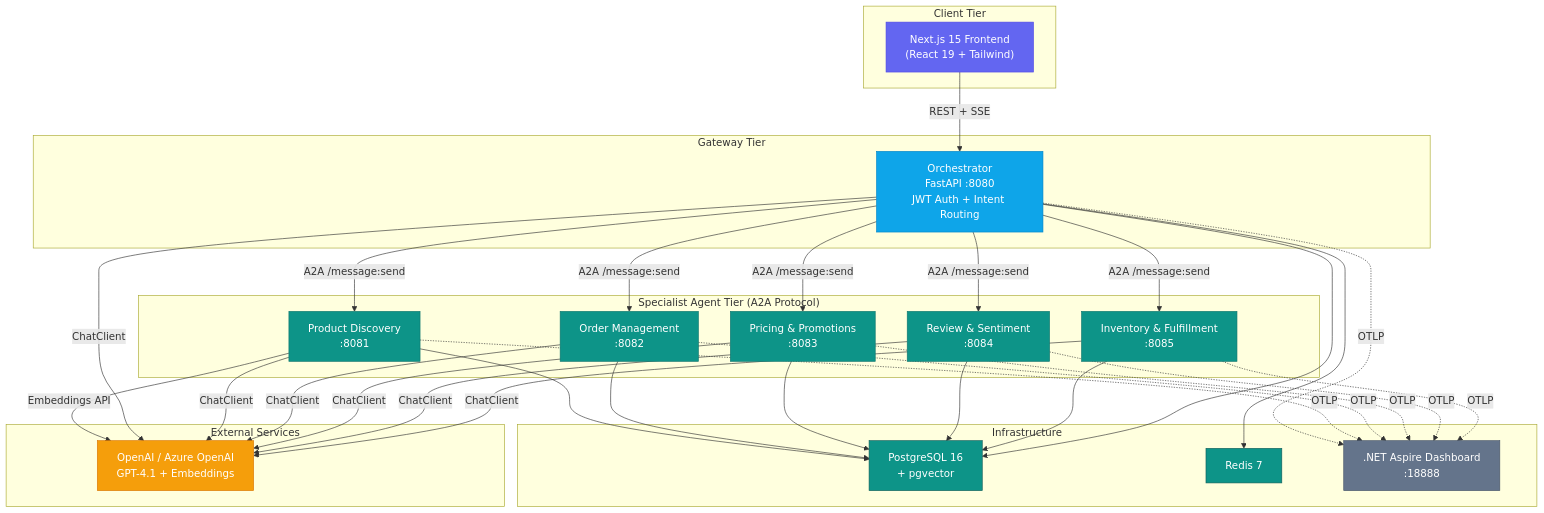
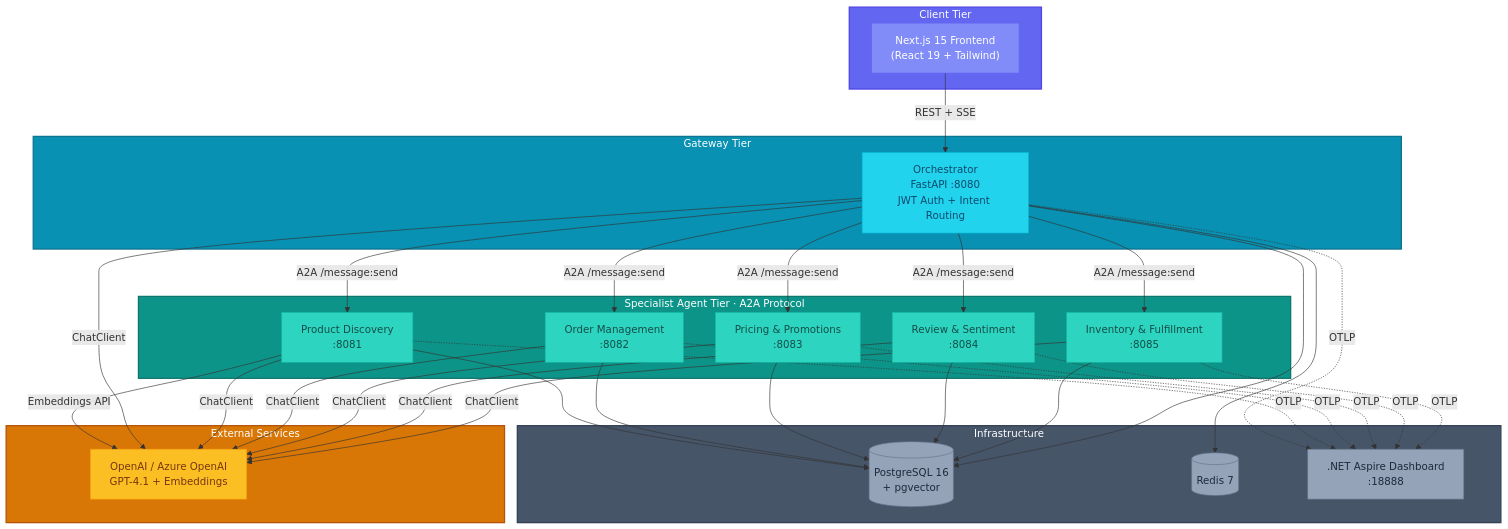
Before and after one commit to nitin27may/e-commerce-agents: the first of 7 diagrams in docs/architecture.md, drawn with Mermaid. The commit also changed 2 other files, not shown here.

Commit message:
feat: enhance architecture documentation with Mermaid diagram and system architecture image

````diff
--- a/docs/architecture.md
+++ b/docs/architecture.md
@@ -11,71 +11,80 @@
 ```mermaid
 graph TB
     subgraph Client["Client Tier"]
         FE["Next.js 15 Frontend<br/>(React 19 + Tailwind)"]
     end
 
     subgraph Gateway["Gateway Tier"]
         ORCH["Orchestrator<br/>FastAPI :8080<br/>JWT Auth + Intent Routing"]
     end
 
-    subgraph Agents["Specialist Agent Tier (A2A Protocol)"]
+    subgraph Agents["Specialist Agent Tier · A2A Protocol"]
         PD["Product Discovery<br/>:8081"]
         OM["Order Management<br/>:8082"]
-        PP["Pricing & Promotions<br/>:8083"]
-        RS["Review & Sentiment<br/>:8084"]
-        IF["Inventory & Fulfillment<br/>:8085"]
+        PP["Pricing &amp; Promotions<br/>:8083"]
+        RS["Review &amp; Sentiment<br/>:8084"]
+        IF["Inventory &amp; Fulfillment<br/>:8085"]
     end
 
     subgraph Infra["Infrastructure"]
-        PG["PostgreSQL 16<br/>+ pgvector"]
-        RD["Redis 7"]
+        PG[("PostgreSQL 16<br/>+ pgvector")]
+        RD[("Redis 7")]
         ASPIRE[".NET Aspire Dashboard<br/>:18888"]
     end
 
     subgraph External["External Services"]
         LLM["OpenAI / Azure OpenAI<br/>GPT-4.1 + Embeddings"]
     end
 
     FE -->|"REST + SSE"| ORCH
     ORCH -->|"A2A /message:send"| PD
     ORCH -->|"A2A /message:send"| OM
     ORCH -->|"A2A /message:send"| PP
     ORCH -->|"A2A /message:send"| RS
     ORCH -->|"A2A /message:send"| IF
 
     PD --> PG
     OM --> PG
     PP --> PG
     RS --> PG
     IF --> PG
 
     ORCH --> PG
     ORCH --> RD
 
     PD -->|"Embeddings API"| LLM
     ORCH -->|"ChatClient"| LLM
     PD -->|"ChatClient"| LLM
     OM -->|"ChatClient"| LLM
     PP -->|"ChatClient"| LLM
     RS -->|"ChatClient"| LLM
     IF -->|"ChatClient"| LLM
 
     ORCH -.->|"OTLP"| ASPIRE
     PD -.->|"OTLP"| ASPIRE
     OM -.->|"OTLP"| ASPIRE
     PP -.->|"OTLP"| ASPIRE
     RS -.->|"OTLP"| ASPIRE
     IF -.->|"OTLP"| ASPIRE
 
-    style FE fill:#6366f1,stroke:#4f46e5,color:#fff
-    style ORCH fill:#0ea5e9,stroke:#0284c7,color:#fff
-    style PD fill:#0d9488,stroke:#0f766e,color:#fff
-    style OM fill:#0d9488,stroke:#0f766e,color:#fff
-    style PP fill:#0d9488,stroke:#0f766e,color:#fff
-    style RS fill:#0d9488,stroke:#0f766e,color:#fff
-    style IF fill:#0d9488,stroke:#0f766e,color:#fff
-    style PG fill:#0d9488,stroke:#115e59,color:#fff
-    style RD fill:#0d9488,stroke:#115e59,color:#fff
-    style ASPIRE fill:#64748b,stroke:#475569,color:#fff
-    style LLM fill:#f59e0b,stroke:#d97706,color:#fff
+    style Client fill:#6366f1,stroke:#4f46e5,stroke-width:2px,color:#fff
+    style FE fill:#818cf8,stroke:#6366f1,color:#fff
+
+    style Gateway fill:#0891b2,stroke:#0e7490,stroke-width:2px,color:#fff
+    style ORCH fill:#22d3ee,stroke:#06b6d4,color:#0c4a6e
+
+    style Agents fill:#0d9488,stroke:#0f766e,stroke-width:2px,color:#fff
+    style PD fill:#2dd4bf,stroke:#14b8a6,color:#134e4a
+    style OM fill:#2dd4bf,stroke:#14b8a6,color:#134e4a
+    style PP fill:#2dd4bf,stroke:#14b8a6,color:#134e4a
+    style RS fill:#2dd4bf,stroke:#14b8a6,color:#134e4a
+    style IF fill:#2dd4bf,stroke:#14b8a6,color:#134e4a
+
+    style Infra fill:#475569,stroke:#334155,stroke-width:2px,color:#fff
+    style PG fill:#94a3b8,stroke:#64748b,color:#1e293b
+    style RD fill:#94a3b8,stroke:#64748b,color:#1e293b
+    style ASPIRE fill:#94a3b8,stroke:#64748b,color:#1e293b
+
+    style External fill:#d97706,stroke:#b45309,stroke-width:2px,color:#fff
+    style LLM fill:#fbbf24,stroke:#f59e0b,color:#78350f
 ```
````
